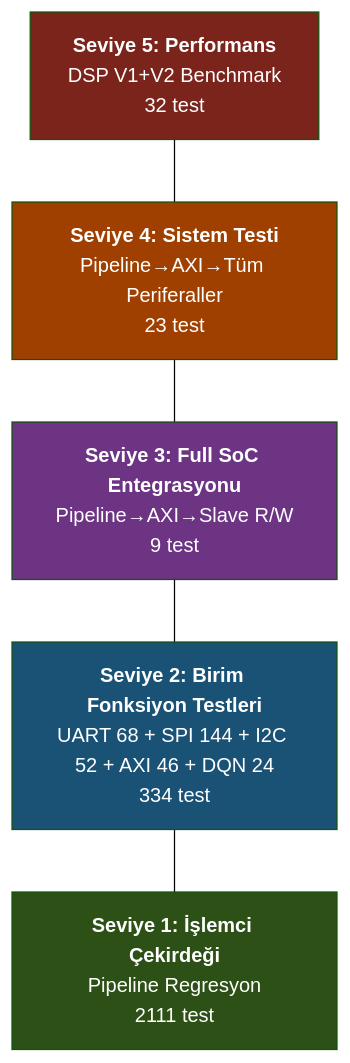
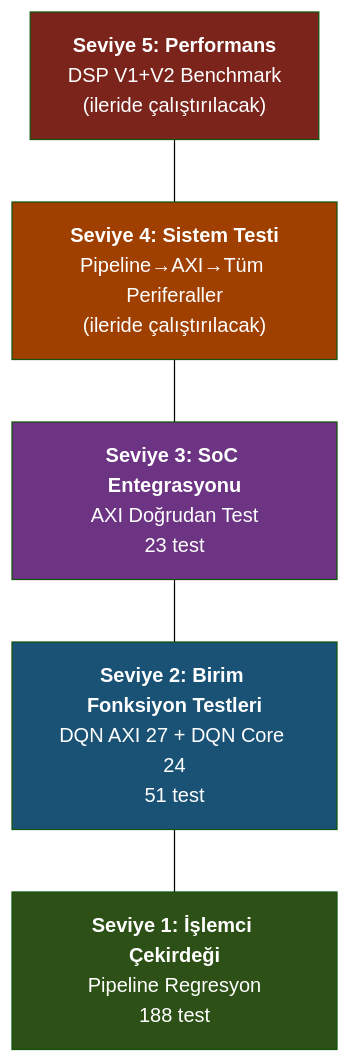
The fourth of 4 diagrams in PROJE/PROJE_RAPORU.md (armgn-bi/HexaCore-V2), drawn with Mermaid (forest theme) before and after one commit. The commit also changed other lines of this file and 6 other files, not shown here.

First line of the commit message:
Update test results and fix DQN accelerator bugs

````diff
--- a/PROJE/PROJE_RAPORU.md
+++ b/PROJE/PROJE_RAPORU.md
@@ -346,16 +345,16 @@
 ```mermaid
 graph TB
-    L5["<b>Seviye 5: Performans</b><br/>DSP V1+V2 Benchmark<br/>32 test"]
-    L4["<b>Seviye 4: Sistem Testi</b><br/>Pipeline→AXI→Tüm Periferaller<br/>23 test"]
-    L3["<b>Seviye 3: Full SoC Entegrasyonu</b><br/>Pipeline→AXI→Slave R/W<br/>9 test"]
-    L2["<b>Seviye 2: Birim Fonksiyon Testleri</b><br/>UART 68 + SPI 144 + I2C 52 + AXI 46 + DQN 24<br/>334 test"]
-    L1["<b>Seviye 1: İşlemci Çekirdeği</b><br/>Pipeline Regresyon<br/>2111 test"]
+    L5["<b>Seviye 5: Performans</b><br/>DSP V1+V2 Benchmark<br/>(ileride çalıştırılacak)"]
+    L4["<b>Seviye 4: Sistem Testi</b><br/>Pipeline→AXI→Tüm Periferaller<br/>(ileride çalıştırılacak)"]
+    L3["<b>Seviye 3: SoC Entegrasyonu</b><br/>AXI Doğrudan Test<br/>23 test"]
+    L2["<b>Seviye 2: Birim Fonksiyon Testleri</b><br/>DQN AXI 27 + DQN Core 24<br/>51 test"]
+    L1["<b>Seviye 1: İşlemci Çekirdeği</b><br/>Pipeline Regresyon<br/>188 test"]
 
     L5 --- L4 --- L3 --- L2 --- L1
 
     style L1 fill:#2d5016,color:#fff
     style L2 fill:#1a5276,color:#fff
     style L3 fill:#6c3483,color:#fff
     style L4 fill:#a04000,color:#fff
     style L5 fill:#7b241c,color:#fff
 ```
````
